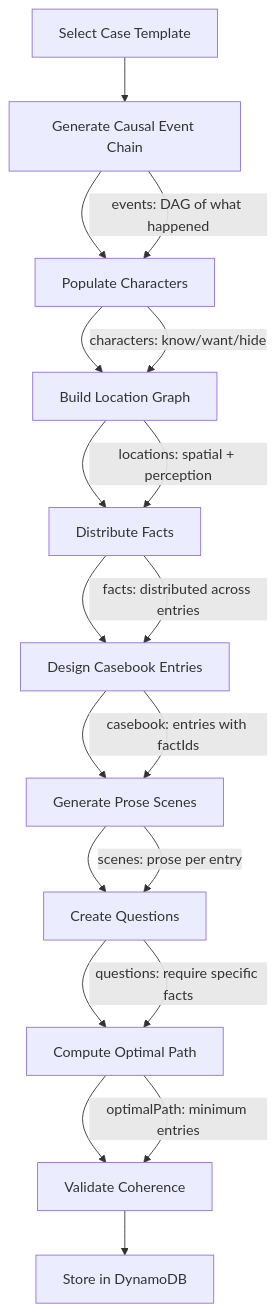
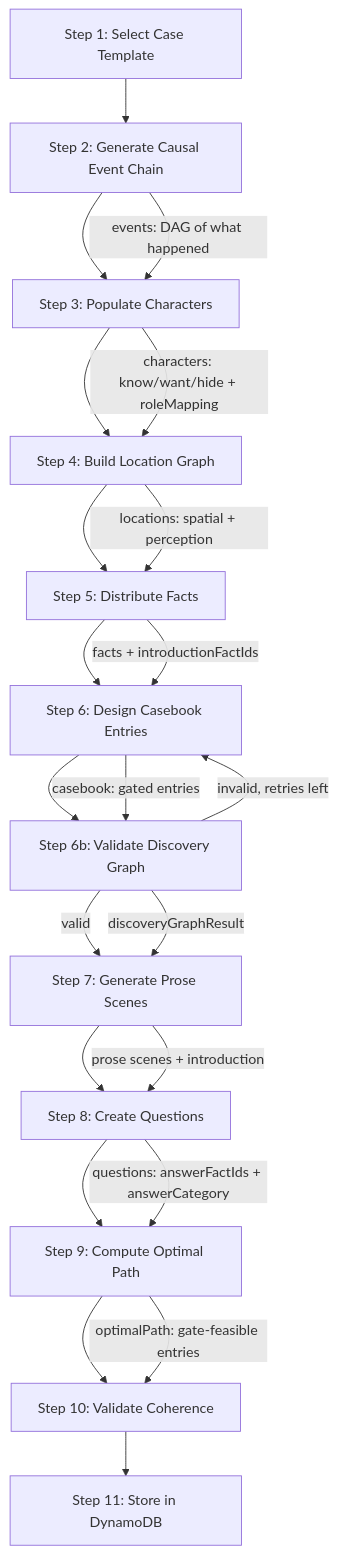
Before and after one commit to pmealey/consulting-detective: the second of 2 diagrams in DATA_MODEL_DESIGN.md, drawn with Mermaid. The commit also changed other lines of this file and 20 other files, not shown here.

````diff
--- a/DATA_MODEL_DESIGN.md
+++ b/DATA_MODEL_DESIGN.md
@@ -60,22 +60,25 @@
 ```mermaid
 flowchart TD
-    A[Select Case Template] --> B[Generate Causal Event Chain]
-    B --> C[Populate Characters]
-    C --> D[Build Location Graph]
-    D --> E[Distribute Facts]
-    E --> F[Design Casebook Entries]
-    F --> G[Generate Prose Scenes]
-    G --> H[Create Questions]
-    H --> I[Compute Optimal Path]
-    I --> J[Validate Coherence]
-    J --> K[Store in DynamoDB]
+    A[Step 1: Select Case Template] --> B[Step 2: Generate Causal Event Chain]
+    B --> C[Step 3: Populate Characters]
+    C --> D[Step 4: Build Location Graph]
+    D --> E[Step 5: Distribute Facts]
+    E --> F[Step 6: Design Casebook Entries]
+    F --> F2[Step 6b: Validate Discovery Graph]
+    F2 -->|valid| G[Step 7: Generate Prose Scenes]
+    F2 -->|invalid, retries left| F
+    G --> H[Step 8: Create Questions]
+    H --> I[Step 9: Compute Optimal Path]
+    I --> J[Step 10: Validate Coherence]
+    J --> K[Step 11: Store in DynamoDB]
 
     B -->|"events: DAG of what happened"| C
-    C -->|"characters: know/want/hide"| D
+    C -->|"characters: know/want/hide + roleMapping"| D
     D -->|"locations: spatial + perception"| E
-    E -->|"facts: distributed across entries"| F
-    F -->|"casebook: entries with factIds"| G
-    G -->|"scenes: prose per entry"| H
-    H -->|"questions: require specific facts"| I
-    I -->|"optimalPath: minimum entries"| J
+    E -->|"facts + introductionFactIds"| F
+    F -->|"casebook: gated entries"| F2
+    F2 -->|"discoveryGraphResult"| G
+    G -->|"prose scenes + introduction"| H
+    H -->|"questions: answerFactIds + answerCategory"| I
+    I -->|"optimalPath: gate-feasible entries"| J
 ```
````
